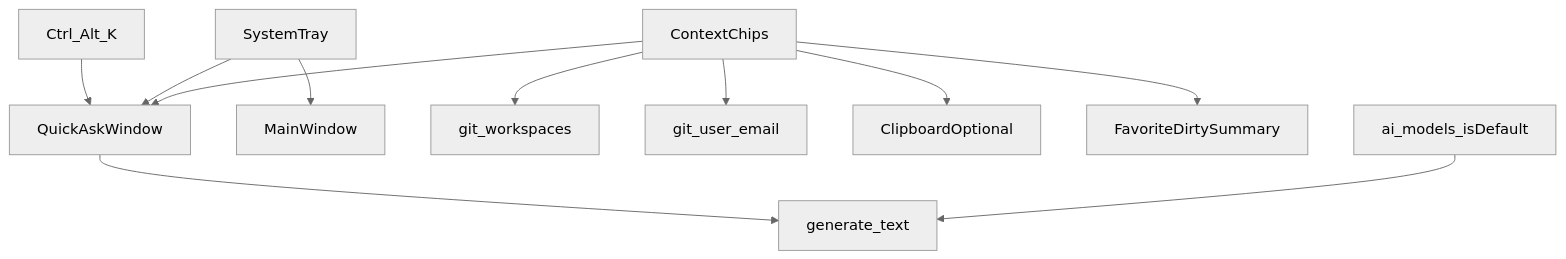
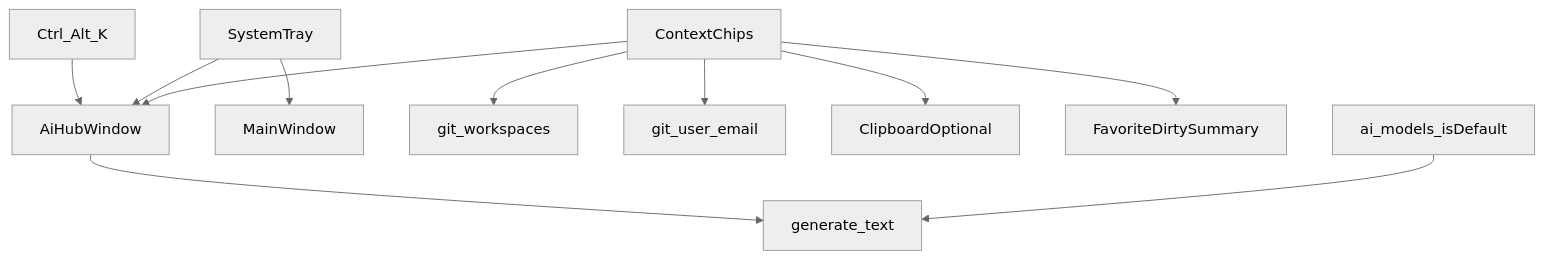
The diagram in docs/workbench-upgrade-plan.md (mkt-agents/ai-workbench), drawn with Mermaid (neutral theme) before and after one commit. The commit also changed other lines of this file and 74 other files, not shown here.

Commit message:
refactor: 将智枢模块从 quick-ask 重命名为 ai-hub

````diff
--- a/docs/workbench-upgrade-plan.md
+++ b/docs/workbench-upgrade-plan.md
@@ -50,13 +50,13 @@
 ```mermaid
 flowchart TB
-  Hotkey[Ctrl_Alt_K] --> QuickAsk[QuickAskWindow]
-  Tray[SystemTray] --> QuickAsk
+  Hotkey[Ctrl_Alt_K] --> AiHub[AiHubWindow]
+  Tray[SystemTray] --> AiHub
   Tray --> Main[MainWindow]
-  Ctx[ContextChips] --> QuickAsk
+  Ctx[ContextChips] --> AiHub
   Ctx --> WS[git_workspaces]
   Ctx --> GitId[git_user_email]
   Ctx --> Clip[ClipboardOptional]
   Ctx --> Dirty[FavoriteDirtySummary]
-  QuickAsk --> Gen[generate_text]
+  AiHub --> Gen[generate_text]
   Models[ai_models_isDefault] --> Gen
 ```
````
